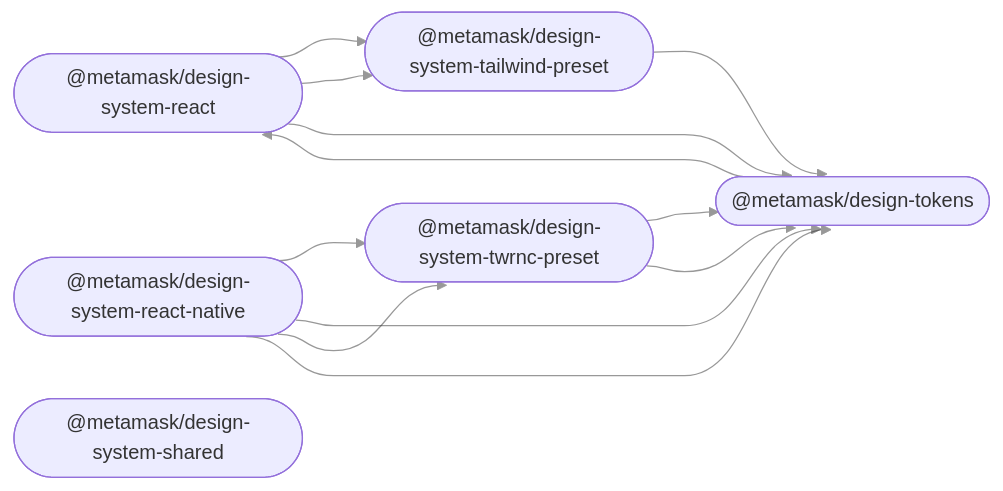
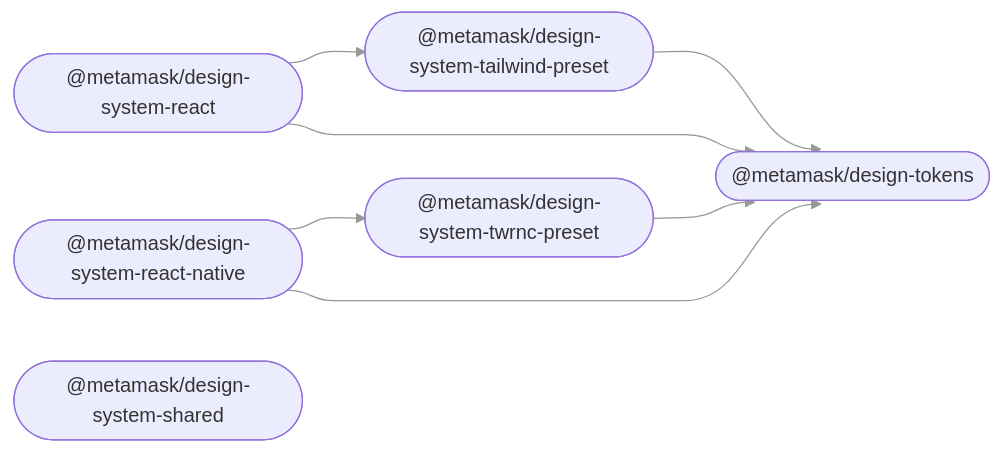
Before and after one commit to MetaMask/metamask-design-system: the diagram in README.md, drawn with Mermaid.

Commit message:
chore: updating mermaid diagram in readme

````diff
--- a/README.md
+++ b/README.md
@@ -24,22 +24,17 @@
 ```mermaid
 %%{ init: { 'flowchart': { 'curve': 'bumpX' } } }%%
 graph LR;
 linkStyle default opacity:0.5
   design_system_react(["@metamask/design-system-react"]);
   design_system_react_native(["@metamask/design-system-react-native"]);
   design_system_shared(["@metamask/design-system-shared"]);
   design_system_tailwind_preset(["@metamask/design-system-tailwind-preset"]);
   design_system_twrnc_preset(["@metamask/design-system-twrnc-preset"]);
   design_tokens(["@metamask/design-tokens"]);
   design_system_react --> design_system_tailwind_preset;
-  design_system_react --> design_system_tailwind_preset;
   design_system_react --> design_tokens;
-  design_system_react_native --> design_system_twrnc_preset;
-  design_system_react_native --> design_tokens;
   design_system_react_native --> design_system_twrnc_preset;
   design_system_react_native --> design_tokens;
   design_system_tailwind_preset --> design_tokens;
   design_system_twrnc_preset --> design_tokens;
-  design_system_twrnc_preset --> design_tokens;
-  design_tokens --> design_system_react;
 ```
````
